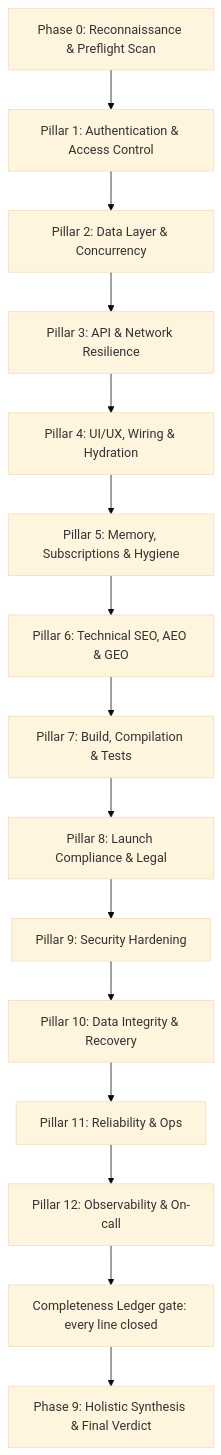
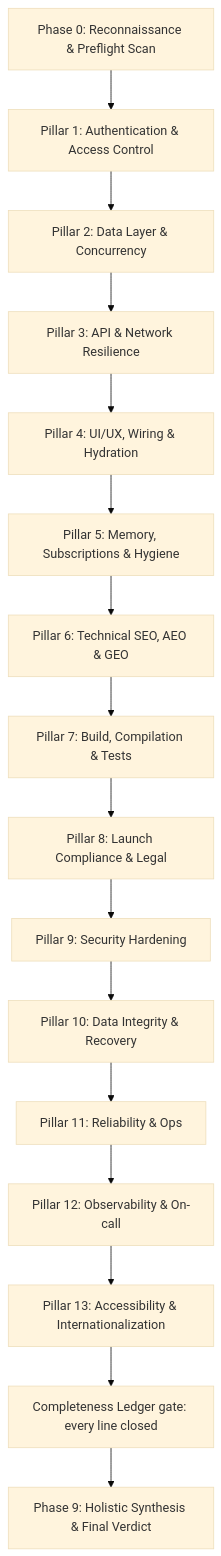
One commit to Kryptopacy/pacy-codebase-auditor changed the diagram in skills/developer-pay-handoff-simulator/SKILL.md. Above: the diagram before and after it, drawn with Mermaid (base theme). The commit also changed other lines of this file and 7 other files, not shown here.

````diff
--- a/skills/developer-pay-handoff-simulator/SKILL.md
+++ b/skills/developer-pay-handoff-simulator/SKILL.md
@@ -58,17 +58,18 @@
 ```mermaid
 graph TD
     S0["Phase 0: Reconnaissance & Preflight Scan"] --> P1["Pillar 1: Authentication & Access Control"]
     P1 --> P2["Pillar 2: Data Layer & Concurrency"]
     P2 --> P3["Pillar 3: API & Network Resilience"]
     P3 --> P4["Pillar 4: UI/UX, Wiring & Hydration"]
     P4 --> P5["Pillar 5: Memory, Subscriptions & Hygiene"]
     P5 --> P6["Pillar 6: Technical SEO, AEO & GEO"]
     P6 --> P7["Pillar 7: Build, Compilation & Tests"]
     P7 --> P8["Pillar 8: Launch Compliance & Legal"]
     P8 --> P9["Pillar 9: Security Hardening"]
     P9 --> P10["Pillar 10: Data Integrity & Recovery"]
     P10 --> P11["Pillar 11: Reliability & Ops"]
     P11 --> P12["Pillar 12: Observability & On-call"]
-    P12 --> L["Completeness Ledger gate: every line closed"]
+    P12 --> P13["Pillar 13: Accessibility & Internationalization"]
+    P13 --> L["Completeness Ledger gate: every line closed"]
     L --> FS["Phase 9: Holistic Synthesis & Final Verdict"]
 ```
````
